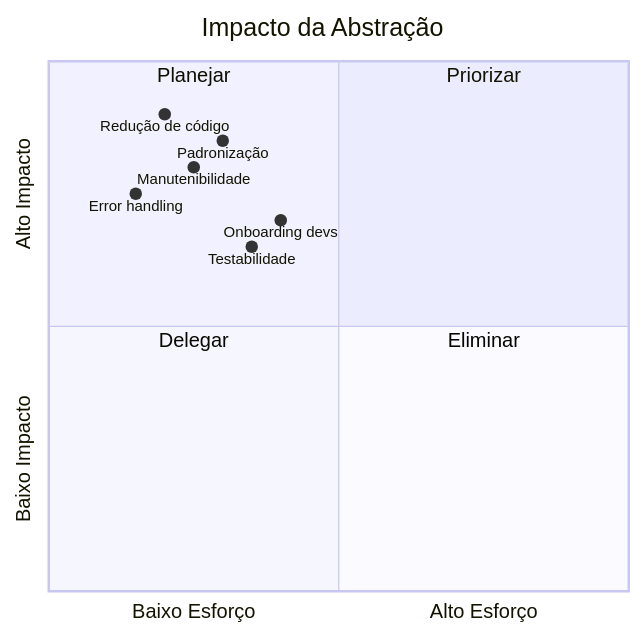
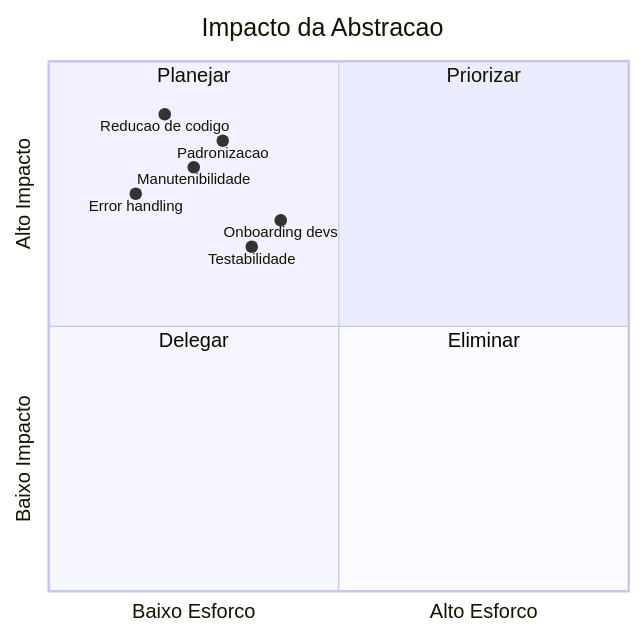
One commit to weni-ai/agents-toolkit changed diagram 12 of 12 in docs/architecture/flows-integration-proposal.md. Above: the diagram before and after it, drawn with Mermaid.

Commit message:
fixing error on mermaid chat

````diff
--- a/docs/architecture/flows-integration-proposal.md
+++ b/docs/architecture/flows-integration-proposal.md
@@ -479,17 +479,17 @@
 ```mermaid
 quadrantChart
-    title Impacto da Abstração
-    x-axis Baixo Esforço --> Alto Esforço
+    title Impacto da Abstracao
+    x-axis Baixo Esforco --> Alto Esforco
     y-axis Baixo Impacto --> Alto Impacto
     quadrant-1 Priorizar
     quadrant-2 Planejar
     quadrant-3 Delegar
     quadrant-4 Eliminar
     
-    "Redução de código": [0.2, 0.9]
-    "Padronização": [0.3, 0.85]
-    "Manutenibilidade": [0.25, 0.8]
-    "Onboarding devs": [0.4, 0.7]
-    "Error handling": [0.15, 0.75]
-    "Testabilidade": [0.35, 0.65]
+    Reducao de codigo: [0.2, 0.9]
+    Padronizacao: [0.3, 0.85]
+    Manutenibilidade: [0.25, 0.8]
+    Onboarding devs: [0.4, 0.7]
+    Error handling: [0.15, 0.75]
+    Testabilidade: [0.35, 0.65]
 ```
````
